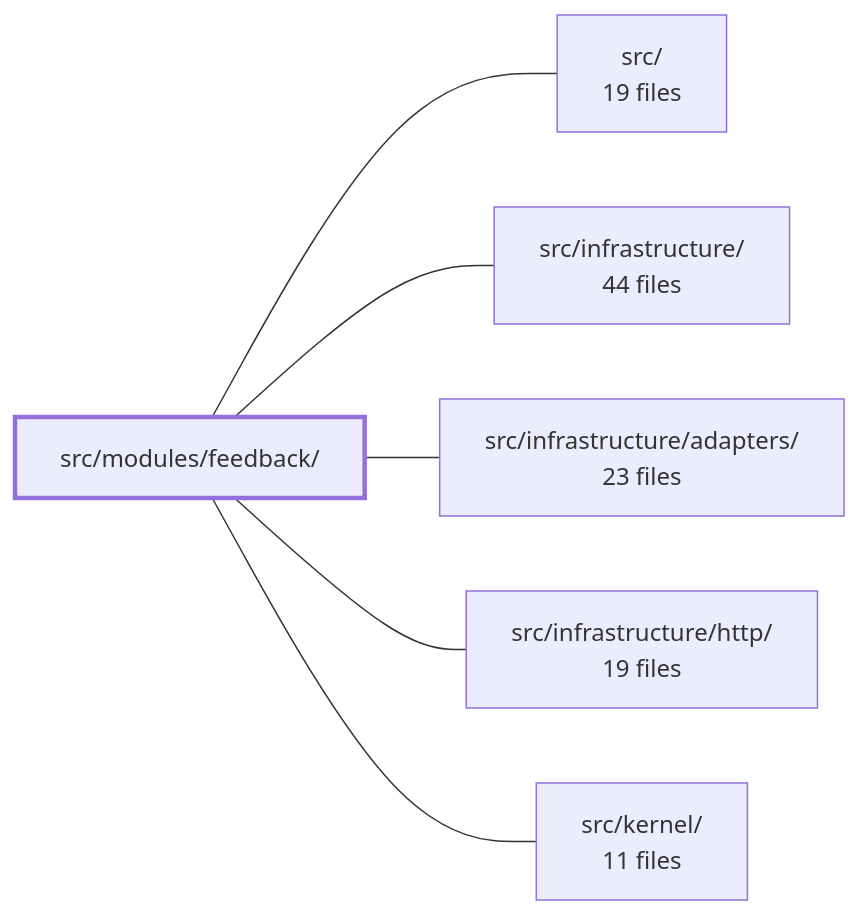
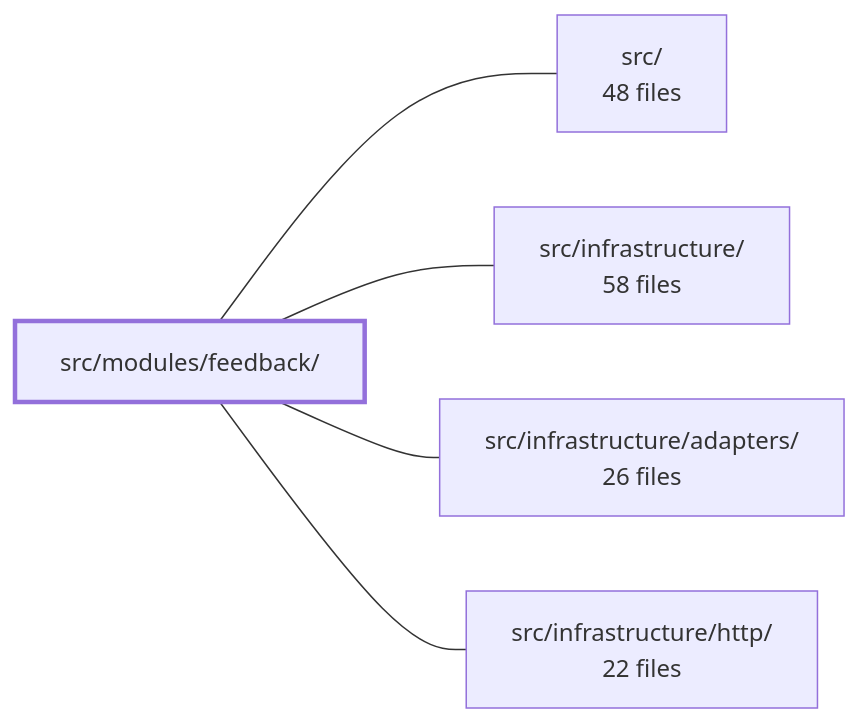
Before and after one commit to Guebbit/boilerplate-node-backend: the diagram in .2brain/modules/boilerplate-node-backend_src_modules_feedback.md, drawn with Mermaid. The commit also changed other lines of this file and 187 other files, not shown here.

````diff
--- a/.2brain/modules/boilerplate-node-backend_src_modules_feedback.md
+++ b/.2brain/modules/boilerplate-node-backend_src_modules_feedback.md
@@ -41,15 +39,13 @@
 ```mermaid
 flowchart LR
     m_src_modules_feedback["src/modules/feedback/"]
-    m_src["src/<br/>19 files"]
-    m_src_infrastructure["src/infrastructure/<br/>44 files"]
-    m_src_infrastructure_adapters["src/infrastructure/adapters/<br/>23 files"]
-    m_src_infrastructure_http["src/infrastructure/http/<br/>19 files"]
-    m_src_kernel["src/kernel/<br/>11 files"]
+    m_src["src/<br/>48 files"]
+    m_src_infrastructure["src/infrastructure/<br/>58 files"]
+    m_src_infrastructure_adapters["src/infrastructure/adapters/<br/>26 files"]
+    m_src_infrastructure_http["src/infrastructure/http/<br/>22 files"]
     m_src_modules_feedback --- m_src
     m_src_modules_feedback --- m_src_infrastructure
     m_src_modules_feedback --- m_src_infrastructure_adapters
     m_src_modules_feedback --- m_src_infrastructure_http
-    m_src_modules_feedback --- m_src_kernel
     style m_src_modules_feedback stroke-width:3px
 ```
````
